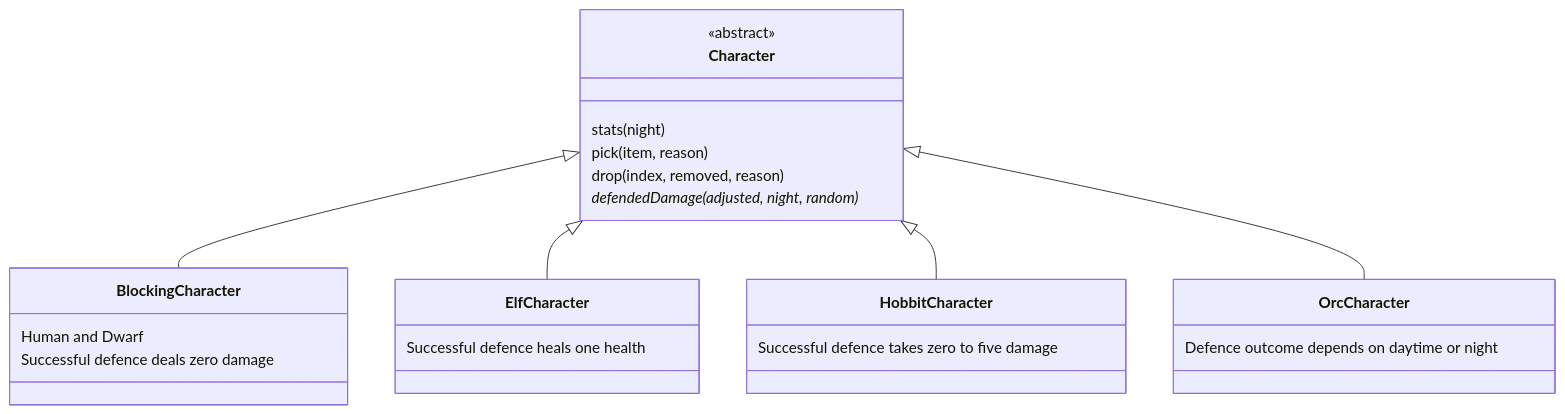
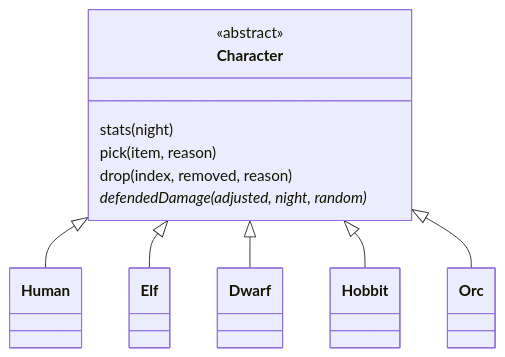
The second of 2 diagrams in README.md (Eleanorecheng/fantasyGame), drawn with Mermaid before and after one commit. The commit also changed other lines of this file and 26 other files, not shown here.

````diff
--- a/README.md
+++ b/README.md
@@ -131,28 +109,16 @@
 ```mermaid
 classDiagram
     direction TB
     class Character {
         <<abstract>>
         stats(night)
         pick(item, reason)
         drop(index, removed, reason)
         defendedDamage(adjusted, night, random)*
     }
-    class BlockingCharacter {
-        Human and Dwarf
-        Successful defence deals zero damage
-    }
-    class ElfCharacter {
-        Successful defence heals one health
-    }
-    class HobbitCharacter {
-        Successful defence takes zero to five damage
-    }
-    class OrcCharacter {
-        Defence outcome depends on daytime or night
-    }
-    Character <|-- BlockingCharacter
-    Character <|-- ElfCharacter
-    Character <|-- HobbitCharacter
-    Character <|-- OrcCharacter
+    Character <|-- Human
+    Character <|-- Elf
+    Character <|-- Dwarf
+    Character <|-- Hobbit
+    Character <|-- Orc
 ```
````
